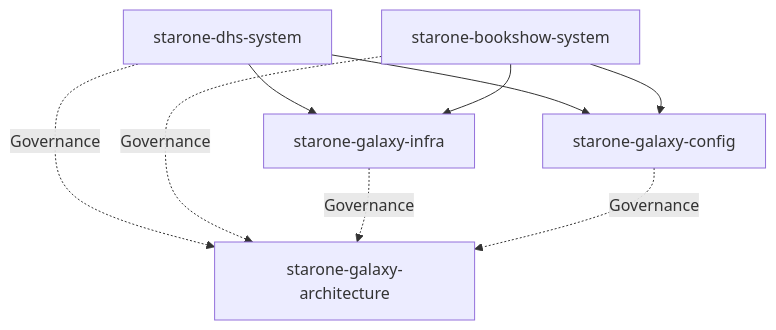
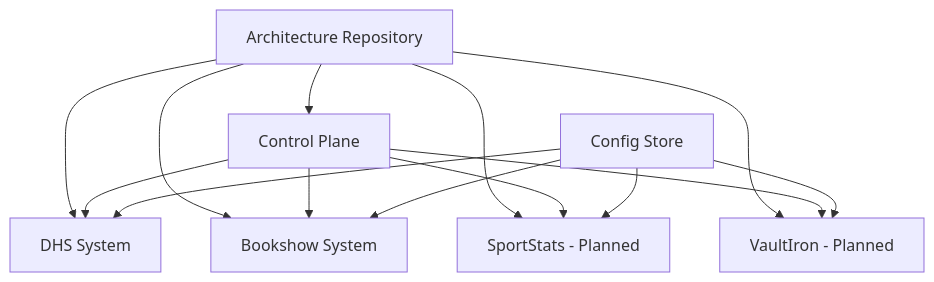
Before and after one commit to STARONE-INFOTECH/starone-galaxy-architecture: the fourth of 8 diagrams in README.md, drawn with Mermaid. The commit also changed other lines of this file, not shown here.

````diff
--- a/README.md
+++ b/README.md
@@ -838,21 +842,31 @@
 ```mermaid
 graph TD
 
-    Infra[starone-galaxy-infra]
-    Config[starone-galaxy-config]
-    Arch[starone-galaxy-architecture]
+    Architecture[Architecture Repository]
 
-    DHS[starone-dhs-system]
-    BookShow[starone-bookshow-system]
+    Infra[Control Plane]
+    Config[Config Store]
+    
+    DHS[DHS System]
+    Bookshow[Bookshow System]
 
-    DHS --> Infra
-    DHS --> Config
+    SportStats[SportStats - Planned]
+    VaultIron[VaultIron - Planned]
 
-    BookShow --> Infra
-    BookShow --> Config
+    Architecture --> Infra
+    Architecture --> DHS
+    Architecture --> Bookshow
+    Architecture --> SportStats
+    Architecture --> VaultIron
 
-    DHS -. Governance .-> Arch
-    BookShow -. Governance .-> Arch
-    Infra -. Governance .-> Arch
-    Config -. Governance .-> Arch
+    Infra --> DHS
+    Infra --> Bookshow
+    Infra --> SportStats
+    Infra --> VaultIron
+
+
+    Config --> DHS
+    Config --> Bookshow
+    Config --> SportStats
+    Config --> VaultIron
 ```
````
